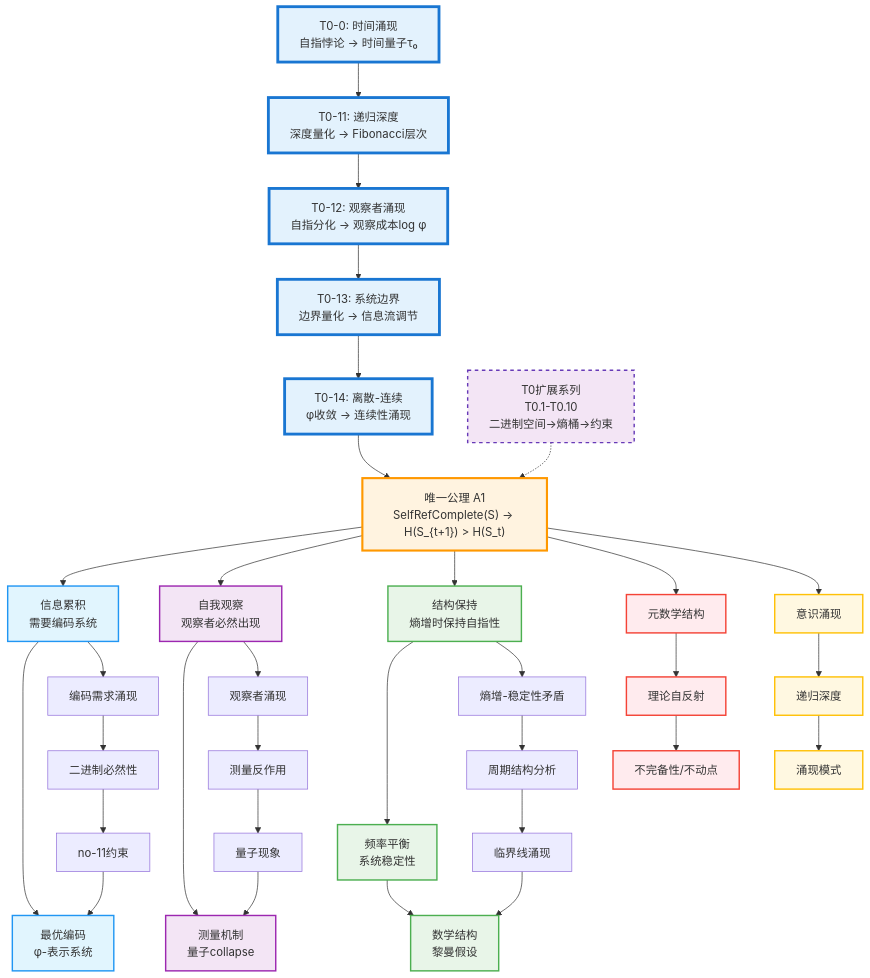
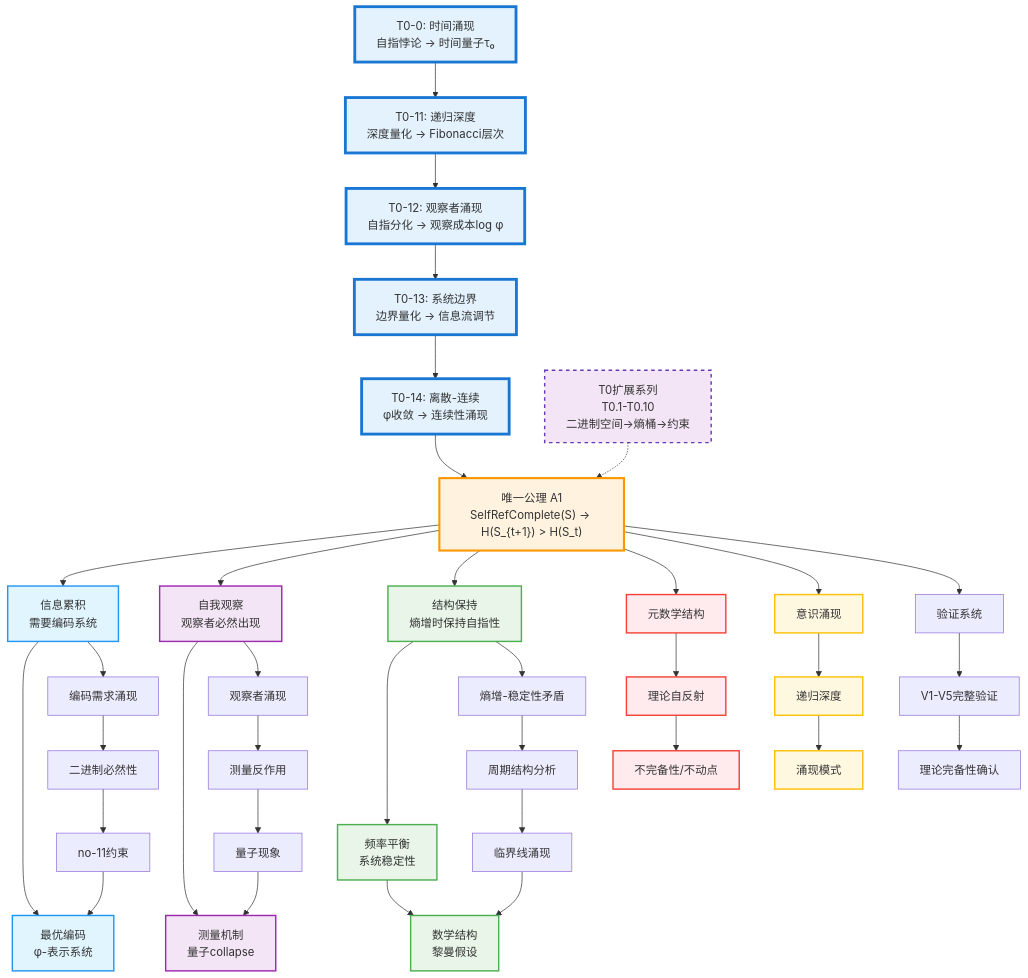
The diagram in src/binaryuniverse/index.md (loning/mbook-binary), drawn with Mermaid before and after one commit. The commit also changed other lines of this file and 9 other files, not shown here.

````diff
--- a/src/binaryuniverse/index.md
+++ b/src/binaryuniverse/index.md
@@ -513,63 +542,67 @@
 ```mermaid
 graph TD
     T00["T0-0: 时间涌现<br/>自指悖论 → 时间量子τ₀"] --> T011["T0-11: 递归深度<br/>深度量化 → Fibonacci层次"]
     T011 --> T012["T0-12: 观察者涌现<br/>自指分化 → 观察成本log φ"]
     T012 --> T013["T0-13: 系统边界<br/>边界量化 → 信息流调节"]
     T013 --> T014["T0-14: 离散-连续<br/>φ收敛 → 连续性涌现"]
     
     T014 --> A["唯一公理 A1<br/>SelfRefComplete(S) → H(S_{t+1}) > H(S_t)"]
     
     A --> B["信息累积<br/>需要编码系统"]
     B --> C["最优编码<br/>φ-表示系统"]
     A --> D["自我观察<br/>观察者必然出现"]
     D --> E["测量机制<br/>量子collapse"]
     A --> H["结构保持<br/>熵增时保持自指性"]
     H --> F["频率平衡<br/>系统稳定性"]
     F --> G["数学结构<br/>黎曼假设"]
     
     B --> B1["编码需求涌现"]
     B1 --> B2["二进制必然性"]
     B2 --> B3["no-11约束"]
     B3 --> C
     
     D --> D1["观察者涌现"]
     D1 --> D2["测量反作用"]
     D2 --> D3["量子现象"]
     D3 --> E
     
     H --> H1["熵增-稳定性矛盾"]
     H1 --> H2["周期结构分析"]
     H2 --> H3["临界线涌现"]
     H3 --> G
     
     A --> I["元数学结构"]
     I --> J["理论自反射"]
     J --> K["不完备性/不动点"]
     
     A --> L["意识涌现"]
     L --> M["递归深度"]
     M --> N["涌现模式"]
+    
+    A --> O["验证系统"]
+    O --> P["V1-V5完整验证"]
+    P --> Q["理论完备性确认"]
 
     T_EXT["T0扩展系列<br/>T0.1-T0.10<br/>二进制空间→熵桶→约束"] -.-> A
 
     style T00 fill:#e3f2fd,stroke:#1976d2,stroke-width:4px
     style T011 fill:#e3f2fd,stroke:#1976d2,stroke-width:4px
     style T012 fill:#e3f2fd,stroke:#1976d2,stroke-width:4px
     style T013 fill:#e3f2fd,stroke:#1976d2,stroke-width:4px
     style T014 fill:#e3f2fd,stroke:#1976d2,stroke-width:4px
     style T_EXT fill:#f3e5f5,stroke:#673ab7,stroke-width:2px,stroke-dasharray: 5 5
     style A fill:#fff3e0,stroke:#ff9800,stroke-width:3px
     style B fill:#e1f5fe,stroke:#2196f3,stroke-width:2px
     style C fill:#e1f5fe,stroke:#2196f3,stroke-width:2px
     style D fill:#f3e5f5,stroke:#9c27b0,stroke-width:2px
     style E fill:#f3e5f5,stroke:#9c27b0,stroke-width:2px
     style H fill:#e8f5e8,stroke:#4caf50,stroke-width:2px
     style F fill:#e8f5e8,stroke:#4caf50,stroke-width:2px
     style G fill:#e8f5e8,stroke:#4caf50,stroke-width:2px
     style I fill:#ffebee,stroke:#f44336,stroke-width:2px
     style J fill:#ffebee,stroke:#f44336,stroke-width:2px
     style K fill:#ffebee,stroke:#f44336,stroke-width:2px
     style L fill:#fff8e1,stroke:#ffc107,stroke-width:2px
     style M fill:#fff8e1,stroke:#ffc107,stroke-width:2px
     style N fill:#fff8e1,stroke:#ffc107,stroke-width:2px
 ```
````
